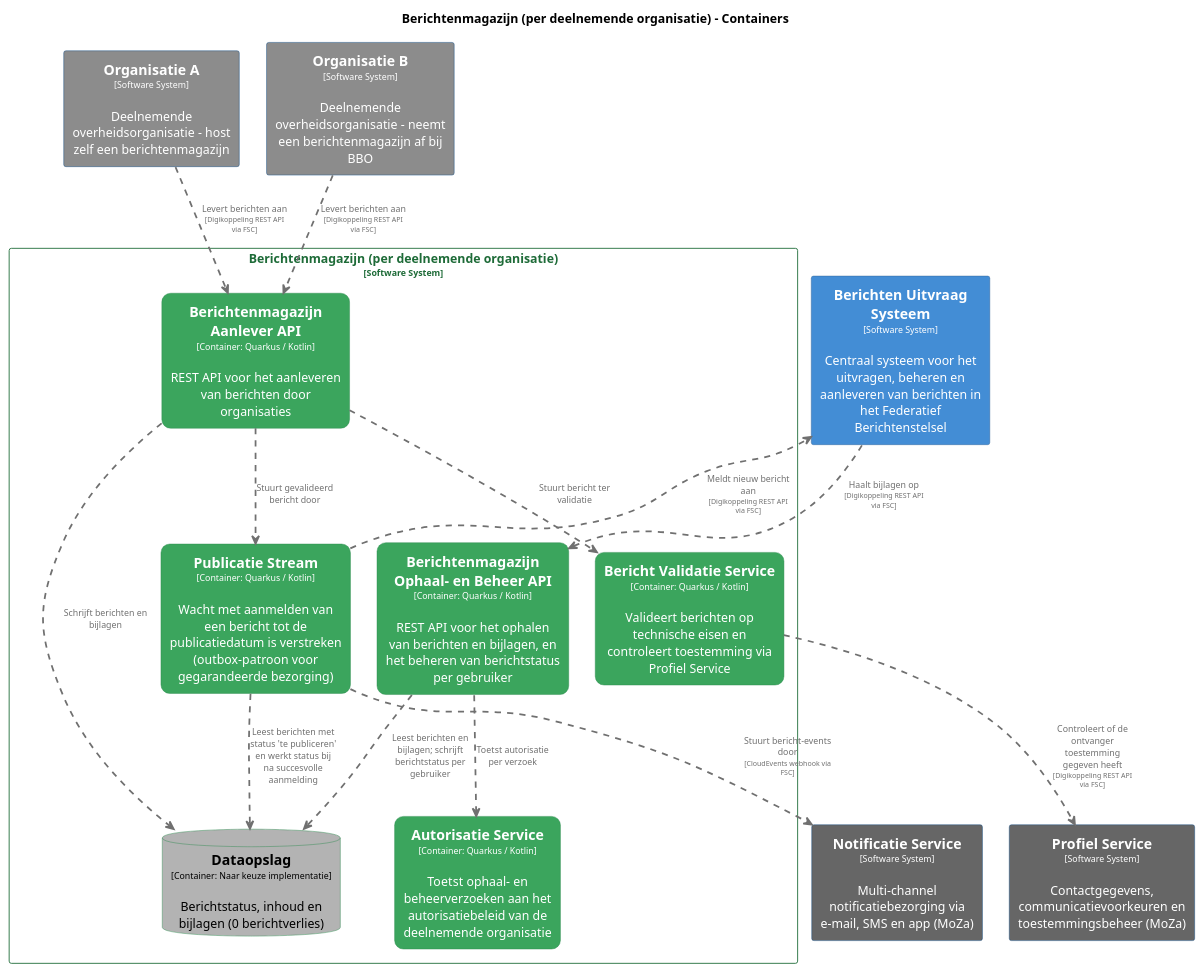
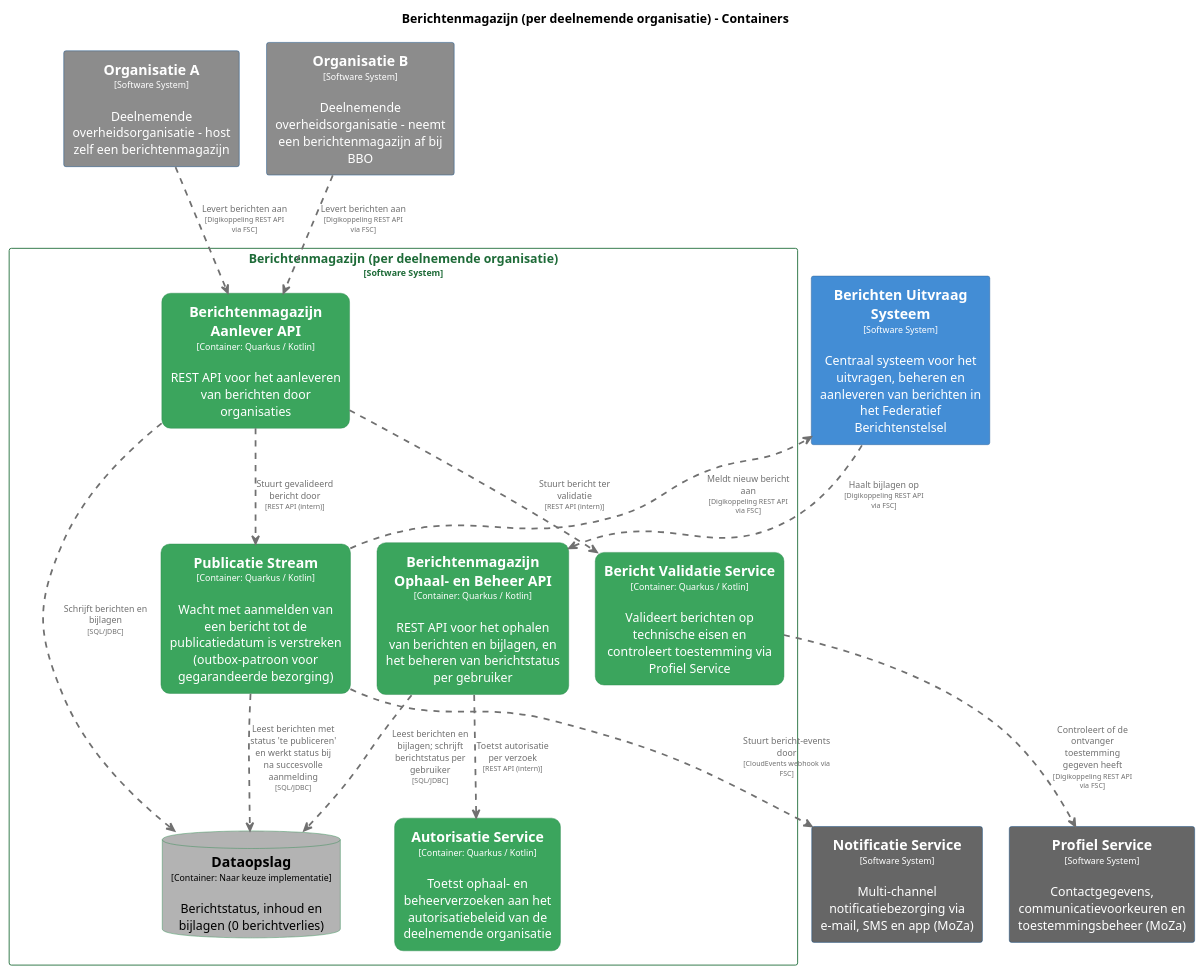
Before and after one commit to MinBZK/moza-poc-fbs-berichtenbox: the diagram in pr-preview/pr-22/master/puml/BerichtenmagazijnContainers.puml, drawn with PlantUML. The commit also changed 30 other files, not shown here.

```diff
--- a/pr-preview/pr-22/master/puml/BerichtenmagazijnContainers.puml
+++ b/pr-preview/pr-22/master/puml/BerichtenmagazijnContainers.puml
@@ -1,122 +1,122 @@
 @startuml
 set separator none
 title Berichtenmagazijn (per deelnemende organisatie) - Containers
 
 top to bottom direction
 skinparam ranksep 60
 skinparam nodesep 30
 
 skinparam {
   arrowFontSize 10
   defaultTextAlignment center
   wrapWidth 200
   maxMessageSize 100
 }
 
 hide stereotype
 
 skinparam rectangle<<Berichtenmagazijnperdeelnemendeorganisatie.AutorisatieService>> {
   BackgroundColor #3ba55d
   FontColor #ffffff
   BorderColor #2d8a4e
   roundCorner 20
   shadowing false
 }
 skinparam rectangle<<Berichtenmagazijnperdeelnemendeorganisatie.BerichtValidatieService>> {
   BackgroundColor #3ba55d
   FontColor #ffffff
   BorderColor #2d8a4e
   roundCorner 20
   shadowing false
 }
 skinparam rectangle<<BerichtenUitvraagSysteem>> {
   BackgroundColor #438dd5
   FontColor #ffffff
   BorderColor #2e6295
   shadowing false
 }
 skinparam rectangle<<Berichtenmagazijnperdeelnemendeorganisatie.BerichtenmagazijnAanleverAPI>> {
   BackgroundColor #3ba55d
   FontColor #ffffff
   BorderColor #2d8a4e
   roundCorner 20
   shadowing false
 }
 skinparam rectangle<<Berichtenmagazijnperdeelnemendeorganisatie.BerichtenmagazijnOphaalenBeheerAPI>> {
   BackgroundColor #3ba55d
   FontColor #ffffff
   BorderColor #2d8a4e
   roundCorner 20
   shadowing false
 }
 skinparam database<<Berichtenmagazijnperdeelnemendeorganisatie.Dataopslag>> {
   BackgroundColor #b3b3b3
   FontColor #000000
   BorderColor #2d8a4e
   shadowing false
 }
 skinparam rectangle<<NotificatieService>> {
   BackgroundColor #666666
   FontColor #ffffff
   BorderColor #0b4884
   shadowing false
 }
 skinparam rectangle<<OrganisatieA>> {
   BackgroundColor #8c8c8c
   FontColor #ffffff
   BorderColor #0b4884
   shadowing false
 }
 skinparam rectangle<<OrganisatieB>> {
   BackgroundColor #8c8c8c
   FontColor #ffffff
   BorderColor #0b4884
   shadowing false
 }
 skinparam rectangle<<ProfielService>> {
   BackgroundColor #666666
   FontColor #ffffff
   BorderColor #0b4884
   shadowing false
 }
 skinparam rectangle<<Berichtenmagazijnperdeelnemendeorganisatie.PublicatieStream>> {
   BackgroundColor #3ba55d
   FontColor #ffffff
   BorderColor #2d8a4e
   roundCorner 20
   shadowing false
 }
 skinparam rectangle<<Berichtenmagazijnperdeelnemendeorganisatie>> {
   BorderColor #1e6b38
   FontColor #1e6b38
   shadowing false
 }
 
 rectangle "==Profiel Service\n<size:10>[Software System]</size>\n\nContactgegevens, communicatievoorkeuren en toestemmingsbeheer (MoZa)" <<ProfielService>> as ProfielService
 rectangle "==Notificatie Service\n<size:10>[Software System]</size>\n\nMulti-channel notificatiebezorging via e-mail, SMS en app (MoZa)" <<NotificatieService>> as NotificatieService
 rectangle "==Organisatie A\n<size:10>[Software System]</size>\n\nDeelnemende overheidsorganisatie - host zelf een berichtenmagazijn" <<OrganisatieA>> as OrganisatieA
 rectangle "==Organisatie B\n<size:10>[Software System]</size>\n\nDeelnemende overheidsorganisatie - neemt een berichtenmagazijn af bij BBO" <<OrganisatieB>> as OrganisatieB
 rectangle "==Berichten Uitvraag Systeem\n<size:10>[Software System]</size>\n\nCentraal systeem voor het uitvragen, beheren en aanleveren van berichten in het Federatief Berichtenstelsel" <<BerichtenUitvraagSysteem>> as BerichtenUitvraagSysteem
 
 rectangle "Berichtenmagazijn (per deelnemende organisatie)\n<size:10>[Software System]</size>" <<Berichtenmagazijnperdeelnemendeorganisatie>> {
   rectangle "==Berichtenmagazijn Ophaal- en Beheer API\n<size:10>[Container: Quarkus / Kotlin]</size>\n\nREST API voor het ophalen van berichten en bijlagen, en het beheren van berichtstatus per gebruiker" <<Berichtenmagazijnperdeelnemendeorganisatie.BerichtenmagazijnOphaalenBeheerAPI>> as Berichtenmagazijnperdeelnemendeorganisatie.BerichtenmagazijnOphaalenBeheerAPI
   rectangle "==Berichtenmagazijn Aanlever API\n<size:10>[Container: Quarkus / Kotlin]</size>\n\nREST API voor het aanleveren van berichten door organisaties" <<Berichtenmagazijnperdeelnemendeorganisatie.BerichtenmagazijnAanleverAPI>> as Berichtenmagazijnperdeelnemendeorganisatie.BerichtenmagazijnAanleverAPI
   database "==Dataopslag\n<size:10>[Container: Naar keuze implementatie]</size>\n\nBerichtstatus, inhoud en bijlagen (0 berichtverlies)" <<Berichtenmagazijnperdeelnemendeorganisatie.Dataopslag>> as Berichtenmagazijnperdeelnemendeorganisatie.Dataopslag
   rectangle "==Bericht Validatie Service\n<size:10>[Container: Quarkus / Kotlin]</size>\n\nValideert berichten op technische eisen en controleert toestemming via Profiel Service" <<Berichtenmagazijnperdeelnemendeorganisatie.BerichtValidatieService>> as Berichtenmagazijnperdeelnemendeorganisatie.BerichtValidatieService
   rectangle "==Publicatie Stream\n<size:10>[Container: Quarkus / Kotlin]</size>\n\nWacht met aanmelden van een bericht tot de publicatiedatum is verstreken (outbox-patroon voor gegarandeerde bezorging)" <<Berichtenmagazijnperdeelnemendeorganisatie.PublicatieStream>> as Berichtenmagazijnperdeelnemendeorganisatie.PublicatieStream
   rectangle "==Autorisatie Service\n<size:10>[Container: Quarkus / Kotlin]</size>\n\nToetst ophaal- en beheerverzoeken aan het autorisatiebeleid van de deelnemende organisatie" <<Berichtenmagazijnperdeelnemendeorganisatie.AutorisatieService>> as Berichtenmagazijnperdeelnemendeorganisatie.AutorisatieService
 }
 
 Berichtenmagazijnperdeelnemendeorganisatie.PublicatieStream .[#707070,thickness=2].> BerichtenUitvraagSysteem : "<color:#707070>Meldt nieuw bericht aan\n<color:#707070><size:8>[Digikoppeling REST API via FSC]</size>"
 Berichtenmagazijnperdeelnemendeorganisatie.PublicatieStream .[#707070,thickness=2].> NotificatieService : "<color:#707070>Stuurt bericht-events door\n<color:#707070><size:8>[CloudEvents webhook via FSC]</size>"
 OrganisatieA .[#707070,thickness=2].> Berichtenmagazijnperdeelnemendeorganisatie.BerichtenmagazijnAanleverAPI : "<color:#707070>Levert berichten aan\n<color:#707070><size:8>[Digikoppeling REST API via FSC]</size>"
 OrganisatieB .[#707070,thickness=2].> Berichtenmagazijnperdeelnemendeorganisatie.BerichtenmagazijnAanleverAPI : "<color:#707070>Levert berichten aan\n<color:#707070><size:8>[Digikoppeling REST API via FSC]</size>"
 Berichtenmagazijnperdeelnemendeorganisatie.BerichtValidatieService .[#707070,thickness=2].> ProfielService : "<color:#707070>Controleert of de ontvanger toestemming gegeven heeft\n<color:#707070><size:8>[Digikoppeling REST API via FSC]</size>"
-Berichtenmagazijnperdeelnemendeorganisatie.BerichtenmagazijnOphaalenBeheerAPI .[#707070,thickness=2].> Berichtenmagazijnperdeelnemendeorganisatie.Dataopslag : "<color:#707070>Leest berichten en bijlagen; schrijft berichtstatus per gebruiker"
-Berichtenmagazijnperdeelnemendeorganisatie.BerichtenmagazijnAanleverAPI .[#707070,thickness=2].> Berichtenmagazijnperdeelnemendeorganisatie.Dataopslag : "<color:#707070>Schrijft berichten en bijlagen"
-Berichtenmagazijnperdeelnemendeorganisatie.BerichtenmagazijnAanleverAPI .[#707070,thickness=2].> Berichtenmagazijnperdeelnemendeorganisatie.BerichtValidatieService : "<color:#707070>Stuurt bericht ter validatie"
-Berichtenmagazijnperdeelnemendeorganisatie.BerichtenmagazijnAanleverAPI .[#707070,thickness=2].> Berichtenmagazijnperdeelnemendeorganisatie.PublicatieStream : "<color:#707070>Stuurt gevalideerd bericht door"
-Berichtenmagazijnperdeelnemendeorganisatie.PublicatieStream .[#707070,thickness=2].> Berichtenmagazijnperdeelnemendeorganisatie.Dataopslag : "<color:#707070>Leest berichten met status 'te publiceren' en werkt status bij na succesvolle aanmelding"
-Berichtenmagazijnperdeelnemendeorganisatie.BerichtenmagazijnOphaalenBeheerAPI .[#707070,thickness=2].> Berichtenmagazijnperdeelnemendeorganisatie.AutorisatieService : "<color:#707070>Toetst autorisatie per verzoek"
+Berichtenmagazijnperdeelnemendeorganisatie.BerichtenmagazijnOphaalenBeheerAPI .[#707070,thickness=2].> Berichtenmagazijnperdeelnemendeorganisatie.Dataopslag : "<color:#707070>Leest berichten en bijlagen; schrijft berichtstatus per gebruiker\n<color:#707070><size:8>[SQL/JDBC]</size>"
+Berichtenmagazijnperdeelnemendeorganisatie.BerichtenmagazijnAanleverAPI .[#707070,thickness=2].> Berichtenmagazijnperdeelnemendeorganisatie.Dataopslag : "<color:#707070>Schrijft berichten en bijlagen\n<color:#707070><size:8>[SQL/JDBC]</size>"
+Berichtenmagazijnperdeelnemendeorganisatie.BerichtenmagazijnAanleverAPI .[#707070,thickness=2].> Berichtenmagazijnperdeelnemendeorganisatie.BerichtValidatieService : "<color:#707070>Stuurt bericht ter validatie\n<color:#707070><size:8>[REST API (intern)]</size>"
+Berichtenmagazijnperdeelnemendeorganisatie.BerichtenmagazijnAanleverAPI .[#707070,thickness=2].> Berichtenmagazijnperdeelnemendeorganisatie.PublicatieStream : "<color:#707070>Stuurt gevalideerd bericht door\n<color:#707070><size:8>[REST API (intern)]</size>"
+Berichtenmagazijnperdeelnemendeorganisatie.PublicatieStream .[#707070,thickness=2].> Berichtenmagazijnperdeelnemendeorganisatie.Dataopslag : "<color:#707070>Leest berichten met status 'te publiceren' en werkt status bij na succesvolle aanmelding\n<color:#707070><size:8>[SQL/JDBC]</size>"
+Berichtenmagazijnperdeelnemendeorganisatie.BerichtenmagazijnOphaalenBeheerAPI .[#707070,thickness=2].> Berichtenmagazijnperdeelnemendeorganisatie.AutorisatieService : "<color:#707070>Toetst autorisatie per verzoek\n<color:#707070><size:8>[REST API (intern)]</size>"
 BerichtenUitvraagSysteem .[#707070,thickness=2].> Berichtenmagazijnperdeelnemendeorganisatie.BerichtenmagazijnOphaalenBeheerAPI : "<color:#707070>Haalt bijlagen op\n<color:#707070><size:8>[Digikoppeling REST API via FSC]</size>"
 @enduml
```
